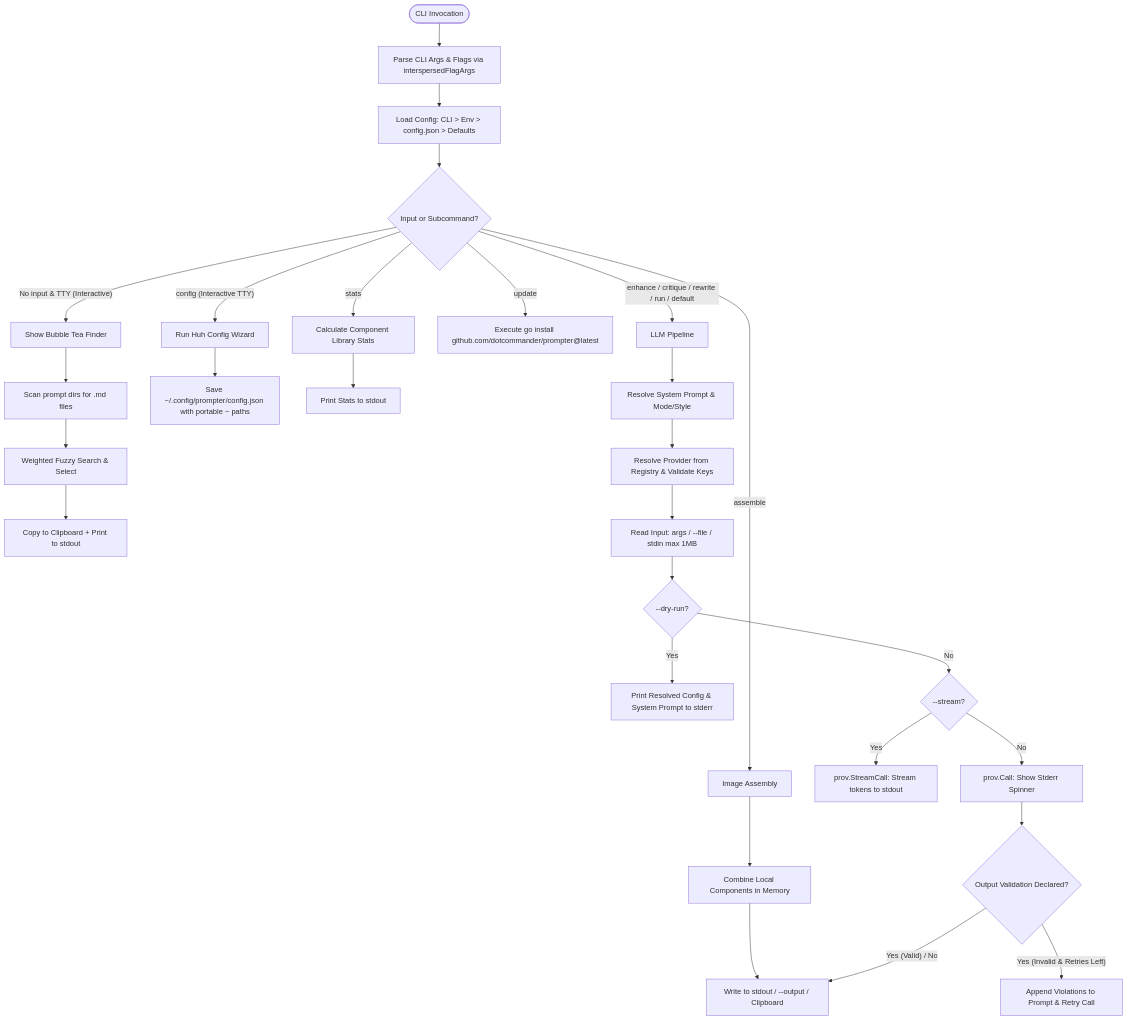
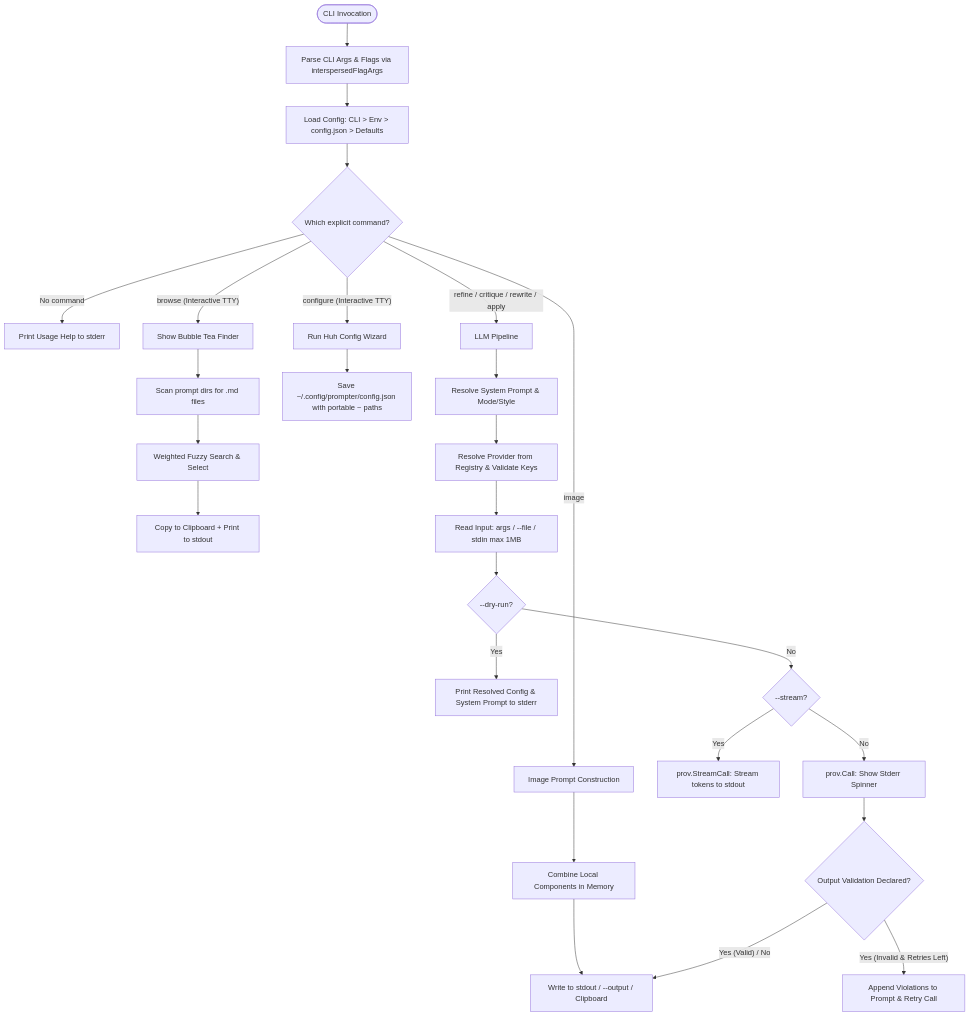
Before and after one commit to dotcommander/prompter: the diagram in AGENTS.md, drawn with Mermaid. The commit also changed other lines of this file and 34 other files, not shown here.

````diff
--- a/AGENTS.md
+++ b/AGENTS.md
@@ -110,40 +103,36 @@
 ```mermaid
 flowchart TD
     Start([CLI Invocation]) --> ParseArgs[Parse CLI Args & Flags via interspersedFlagArgs]
     ParseArgs --> LoadConfig[Load Config: CLI > Env > config.json > Defaults]
     
-    LoadConfig --> CheckMode{Input or Subcommand?}
+    LoadConfig --> CheckMode{Which explicit command?}
     
-    CheckMode -- "No input & TTY (Interactive)" --> FinderFlow[Show Bubble Tea Finder]
+    CheckMode -- "No command" --> PrintHelp[Print Usage Help to stderr]
+    CheckMode -- "browse (Interactive TTY)" --> FinderFlow[Show Bubble Tea Finder]
     FinderFlow --> ScanPrompts[Scan prompt dirs for .md files]
     ScanPrompts --> FuzzySearch[Weighted Fuzzy Search & Select]
     FuzzySearch --> OutputFinder[Copy to Clipboard + Print to stdout]
     
-    CheckMode -- "config (Interactive TTY)" --> ConfigTUI[Run Huh Config Wizard]
+    CheckMode -- "configure (Interactive TTY)" --> ConfigTUI[Run Huh Config Wizard]
     ConfigTUI --> SaveConfig[Save ~/.config/prompter/config.json with portable ~ paths]
     
-    CheckMode -- "assemble" --> AssembleFlow[Image Assembly]
+    CheckMode -- "image" --> AssembleFlow[Image Prompt Construction]
     AssembleFlow --> LocalComponents[Combine Local Components in Memory]
     LocalComponents --> OutputResult[Write to stdout / --output / Clipboard]
     
-    CheckMode -- "stats" --> StatsFlow[Calculate Component Library Stats]
-    StatsFlow --> PrintStats[Print Stats to stdout]
-    
-    CheckMode -- "update" --> RunUpdate[Execute go install github.com/dotcommander/prompter@latest]
-    
-    CheckMode -- "enhance / critique / rewrite / run / default" --> LLMFlow[LLM Pipeline]
+    CheckMode -- "refine / critique / rewrite / apply" --> LLMFlow[LLM Pipeline]
     LLMFlow --> ResolvePrompt[Resolve System Prompt & Mode/Style]
     ResolvePrompt --> ResolveProv[Resolve Provider from Registry & Validate Keys]
     ResolveProv --> ReadInput[Read Input: args / --file / stdin max 1MB]
     ReadInput --> DryRunCheck{--dry-run?}
     
     DryRunCheck -- Yes --> PrintDryRun[Print Resolved Config & System Prompt to stderr]
     DryRunCheck -- No --> StreamCheck{--stream?}
     
     StreamCheck -- Yes --> StreamCall[prov.StreamCall: Stream tokens to stdout]
     StreamCheck -- No --> UnaryCall[prov.Call: Show Stderr Spinner]
     UnaryCall --> ValidateCheck{Output Validation Declared?}
     
     ValidateCheck -- Yes (Invalid & Retries Left) --> RetryCall[Append Violations to Prompt & Retry Call]
     ValidateCheck -- Yes (Valid) / No --> OutputResult
 ```
````
